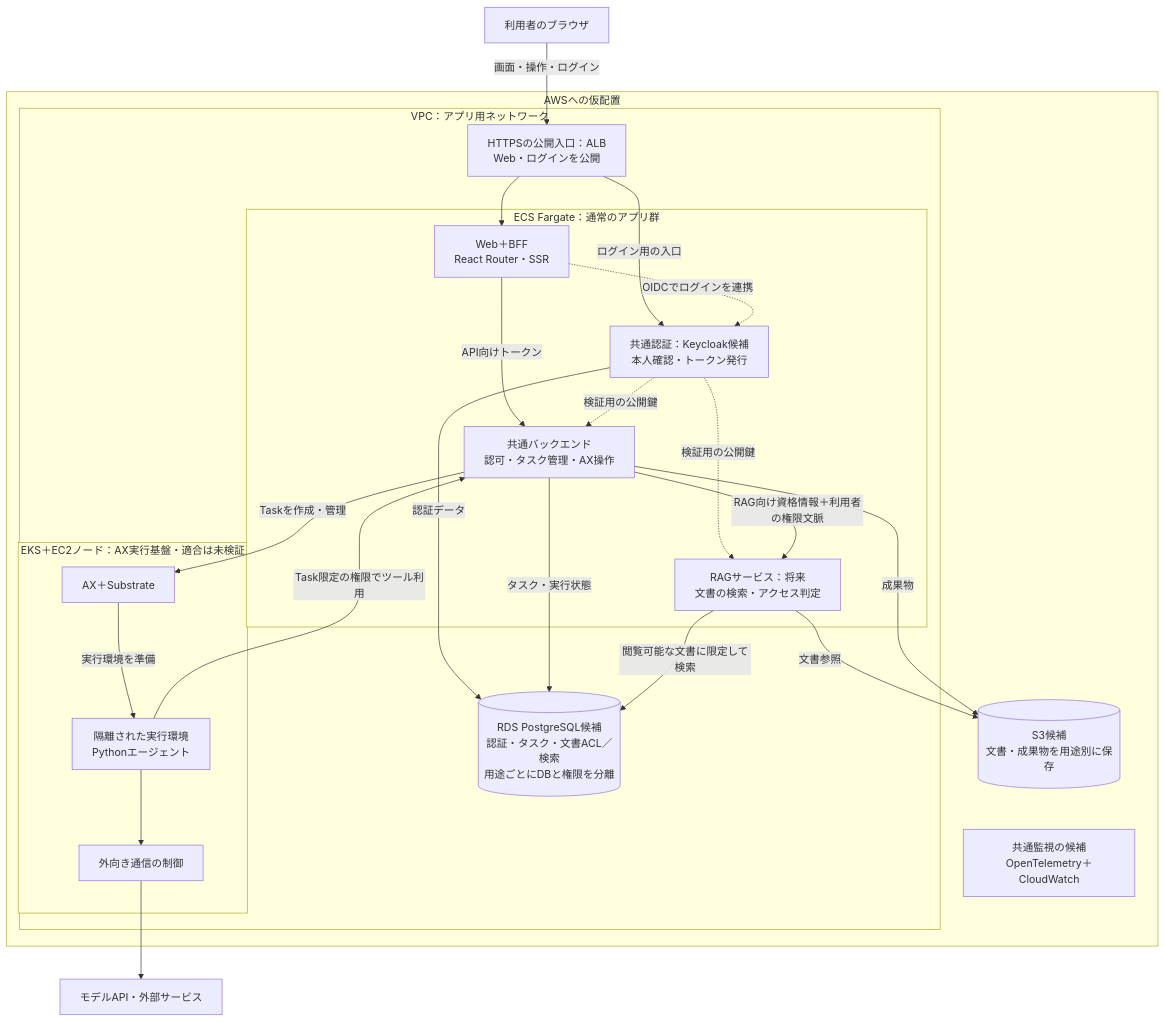
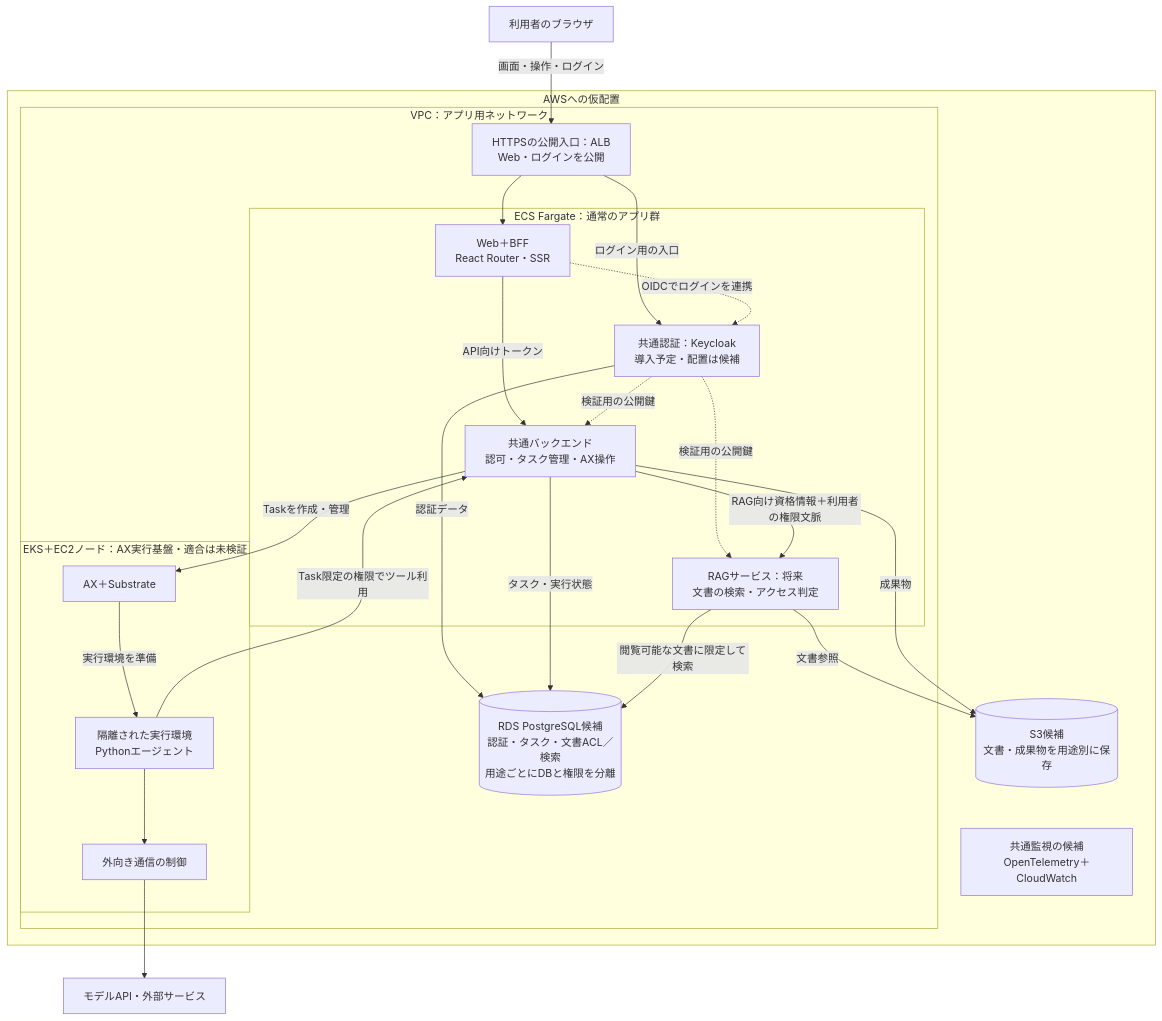
The diagram in docs/web-architecture.md (sori883/agent-workspace), drawn with Mermaid before and after one commit. The commit also changed other lines of this file and 8 other files, not shown here.

````diff
--- a/docs/web-architecture.md
+++ b/docs/web-architecture.md
@@ -13,43 +15,43 @@
 ```mermaid
 flowchart TB
   Browser["利用者のブラウザ"]
   Model["モデルAPI・外部サービス"]
 
   subgraph AWS["AWSへの仮配置"]
     subgraph VPC["VPC：アプリ用ネットワーク"]
       Ingress["HTTPSの公開入口：ALB<br/>Web・ログインを公開"]
       subgraph ECS["ECS Fargate：通常のアプリ群"]
         Web["Web＋BFF<br/>React Router・SSR"]
         API["共通バックエンド<br/>認可・タスク管理・AX操作"]
-        IdP["共通認証：Keycloak候補<br/>本人確認・トークン発行"]
+        IdP["共通認証：Keycloak<br/>導入予定・配置は候補"]
         RAG["RAGサービス：将来<br/>文書の検索・アクセス判定"]
       end
       subgraph EKS["EKS＋EC2ノード：AX実行基盤・適合は未検証"]
         AX["AX＋Substrate"]
         Agent["隔離された実行環境<br/>Pythonエージェント"]
         Egress["外向き通信の制御"]
       end
       DB[("RDS PostgreSQL候補<br/>認証・タスク・文書ACL／検索<br/>用途ごとにDBと権限を分離")]
     end
     Storage[("S3候補<br/>文書・成果物を用途別に保存")]
     Observe["共通監視の候補<br/>OpenTelemetry＋CloudWatch"]
   end
 
   Browser -->|"画面・操作・ログイン"| Ingress
   Ingress --> Web
   Ingress -->|"ログイン用の入口"| IdP
   Web -->|"API向けトークン"| API
   Web -.->|"OIDCでログインを連携"| IdP
   IdP -.->|"検証用の公開鍵"| API
   IdP -.->|"検証用の公開鍵"| RAG
   API -->|"Taskを作成・管理"| AX
   AX -->|"実行環境を準備"| Agent
   Agent -->|"Task限定の権限でツール利用"| API
   API -->|"RAG向け資格情報＋利用者の権限文脈"| RAG
   IdP -->|"認証データ"| DB
   API -->|"タスク・実行状態"| DB
   RAG -->|"閲覧可能な文書に限定して検索"| DB
   RAG -->|"文書参照"| Storage
   API -->|"成果物"| Storage
   Agent --> Egress --> Model
 ```
````
